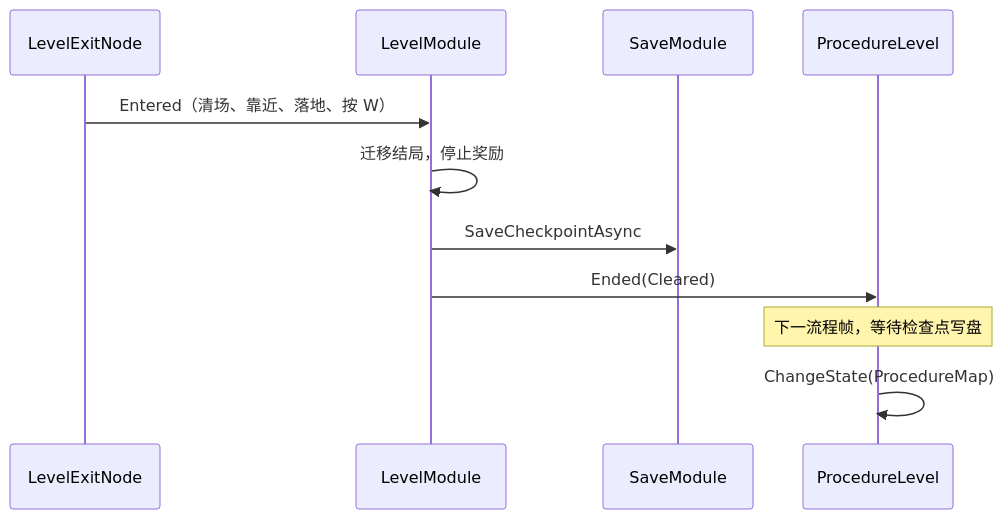
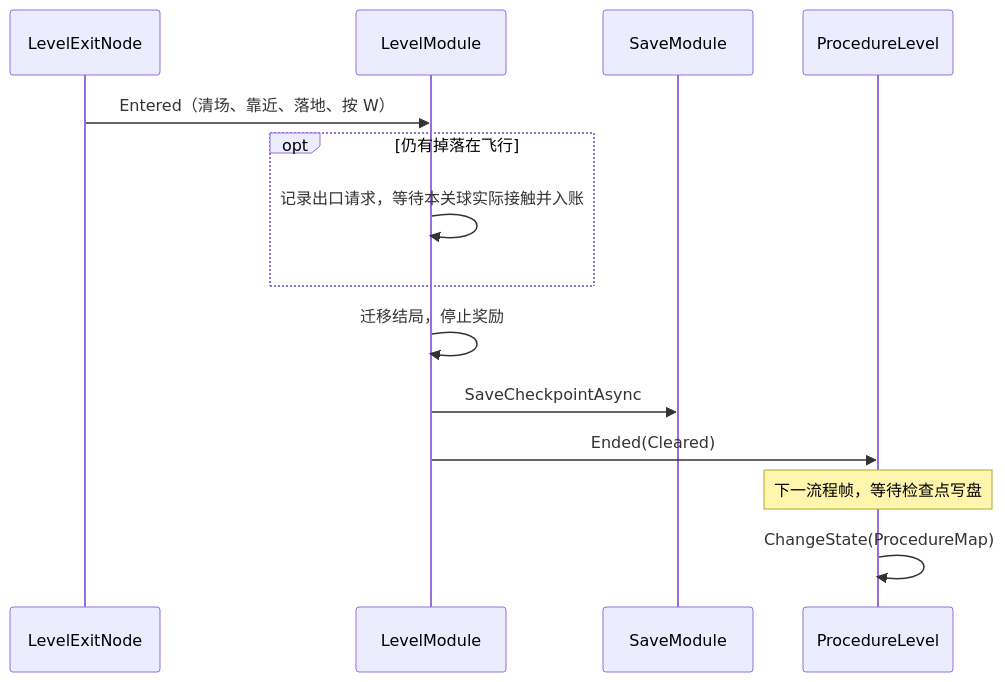
Before and after one commit to zheliku/GameZMXY: the second of 2 diagrams in Docs/GameplayArchitecture.md, drawn with Mermaid. The commit also changed other lines of this file and 258 other files, not shown here.

````diff
--- a/Docs/GameplayArchitecture.md
+++ b/Docs/GameplayArchitecture.md
@@ -97,13 +99,16 @@
 ```mermaid
 sequenceDiagram
     participant Exit as LevelExitNode
     participant Level as LevelModule
     participant Save as SaveModule
     participant Flow as ProcedureLevel
     Exit->>Level: Entered（清场、靠近、落地、按 W）
+    opt 仍有掉落在飞行
+        Level->>Level: 记录出口请求，等待本关球实际接触并入账
+    end
     Level->>Level: 迁移结局，停止奖励
     Level->>Save: SaveCheckpointAsync
     Level->>Flow: Ended(Cleared)
     Note over Flow: 下一流程帧，等待检查点写盘
     Flow->>Flow: ChangeState(ProcedureMap)
 ```
````
